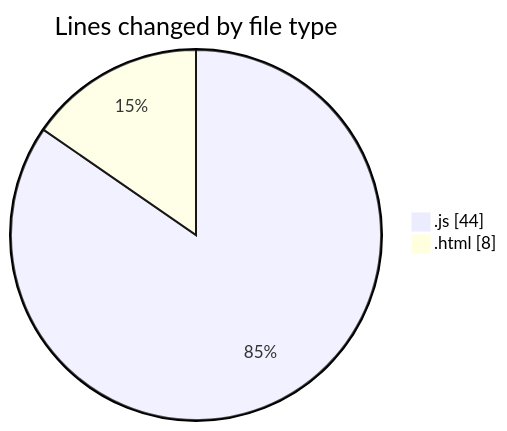
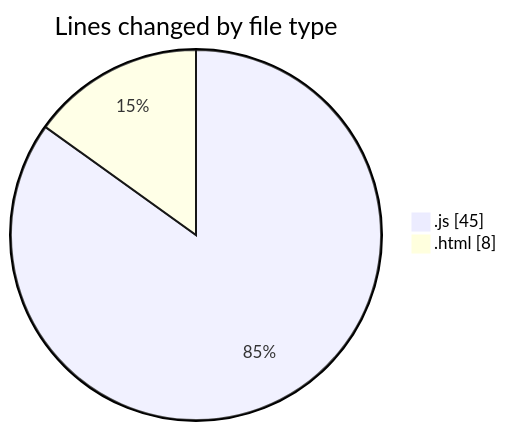
The first of 2 diagrams in 2025-01-25/projects/README.md (Ritupan-Deka/code-tracking), drawn with Mermaid before and after one commit. The commit also changed other lines of this file and 1 other file, not shown here.

````diff
--- a/2025-01-25/projects/README.md
+++ b/2025-01-25/projects/README.md
@@ -21,6 +21,6 @@
 ```mermaid
 pie showData
 title Lines changed by file type
-".js" : 44
+".js" : 45
 ".html" : 8
 ```
````
